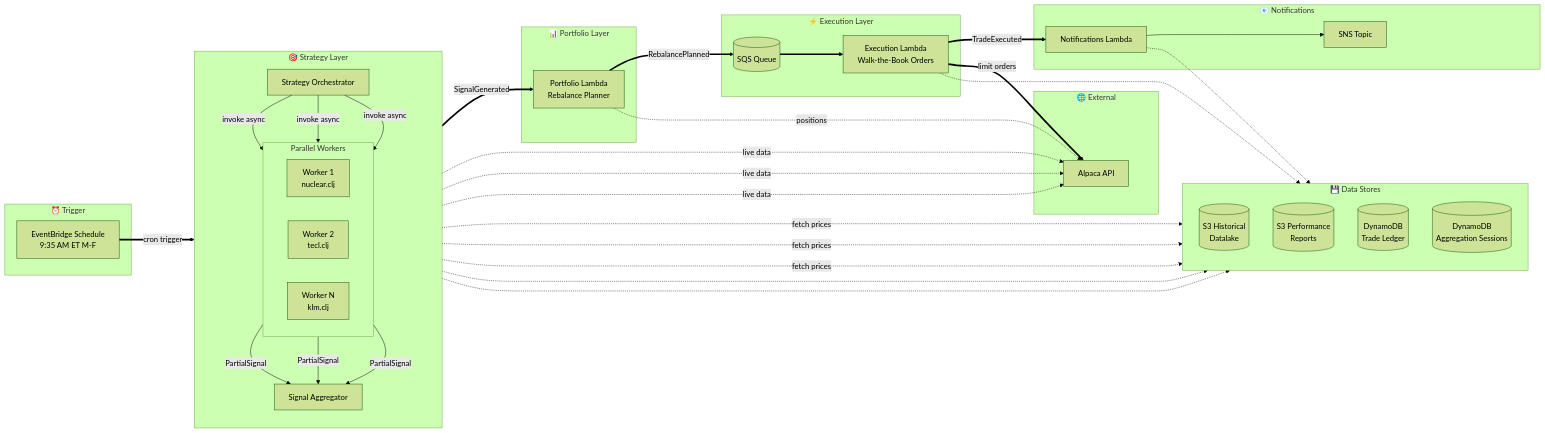
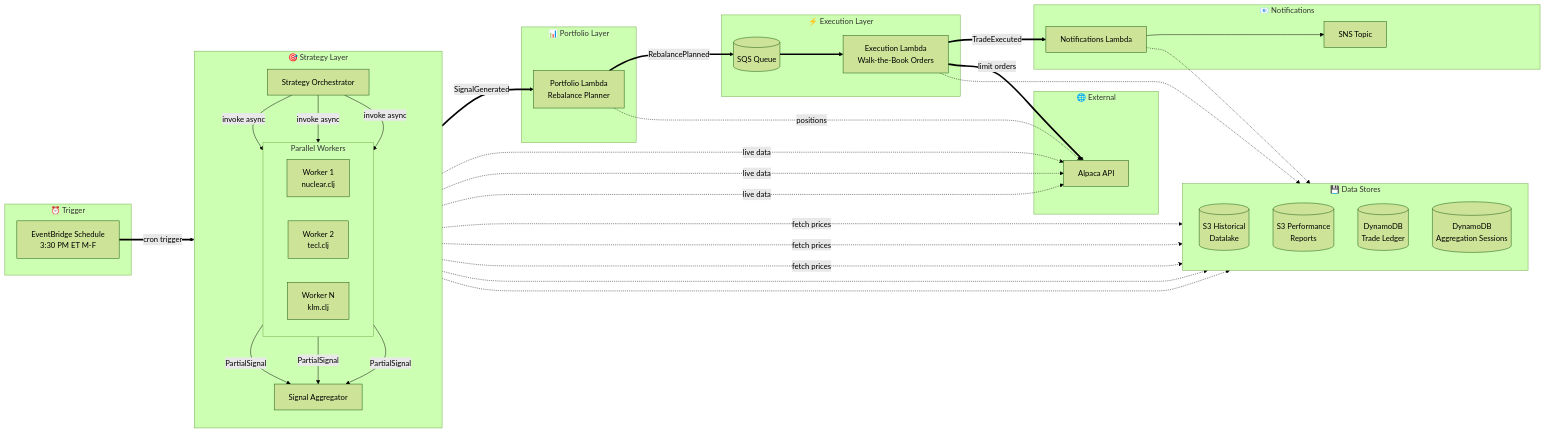
The first of 2 diagrams in README.md (Josh-moreton/alchemiser-quant), drawn with Mermaid (forest theme) before and after one commit. The commit also changed other lines of this file and 9 other files, not shown here.

Commit message:
feat: update EventBridge schedule to 3:30 PM ET and implement live bar injection in data module

````diff
--- a/README.md
+++ b/README.md
@@ -11,72 +11,72 @@
 ```mermaid
 flowchart LR
     subgraph Trigger["⏰ Trigger"]
-        SCHED[EventBridge Schedule<br/>9:35 AM ET M-F]
+        SCHED[EventBridge Schedule<br/>3:30 PM ET M-F]
     end
 
     subgraph Strategy["🎯 Strategy Layer"]
         direction TB
         SO[Strategy Orchestrator]
         subgraph Workers["Parallel Workers"]
             direction LR
             SW1[Worker 1<br/>nuclear.clj]
             SW2[Worker 2<br/>tecl.clj]
             SWN[Worker N<br/>klm.clj]
         end
         SA[Signal Aggregator]
         SO -->|invoke async| SW1
         SO -->|invoke async| SW2
         SO -->|invoke async| SWN
         SW1 -->|PartialSignal| SA
         SW2 -->|PartialSignal| SA
         SWN -->|PartialSignal| SA
     end
 
     subgraph Portfolio["📊 Portfolio Layer"]
         P[Portfolio Lambda<br/>Rebalance Planner]
     end
 
     subgraph Execution["⚡ Execution Layer"]
         SQS[(SQS Queue)]
         E[Execution Lambda<br/>Walk-the-Book Orders]
     end
 
     subgraph Notifications["📧 Notifications"]
         N[Notifications Lambda]
         SNS[SNS Topic]
     end
 
     subgraph DataStores["💾 Data Stores"]
         direction TB
         S3_DATA[(S3 Historical<br/>Datalake)]
         S3_REPORTS[(S3 Performance<br/>Reports)]
         DDB_LEDGER[(DynamoDB<br/>Trade Ledger)]
         DDB_AGG[(DynamoDB<br/>Aggregation Sessions)]
     end
 
     subgraph External["🌐 External"]
         ALPACA[Alpaca API]
     end
 
     %% Main Flow
     SCHED ==>|cron trigger| SO
     SA ==>|SignalGenerated| P
     P ==>|RebalancePlanned| SQS
     SQS ==> E
     E ==>|TradeExecuted| N
     N --> SNS
 
     %% Data Access
     SW1 -.->|fetch prices| S3_DATA
     SW2 -.->|fetch prices| S3_DATA
     SWN -.->|fetch prices| S3_DATA
     SW1 -.->|live data| ALPACA
     SW2 -.->|live data| ALPACA
     SWN -.->|live data| ALPACA
     SO -.-> DDB_AGG
     SA -.-> DDB_AGG
     P -.->|positions| ALPACA
     E ==>|limit orders| ALPACA
     E -.-> DDB_LEDGER
     N -.-> S3_REPORTS
 ```
````
